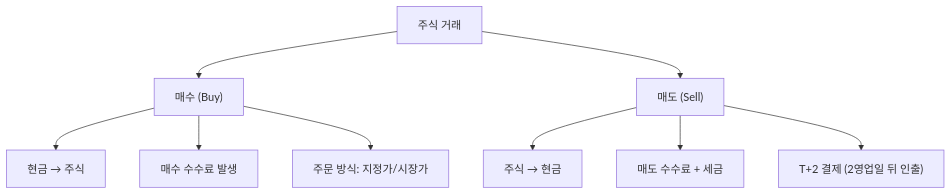
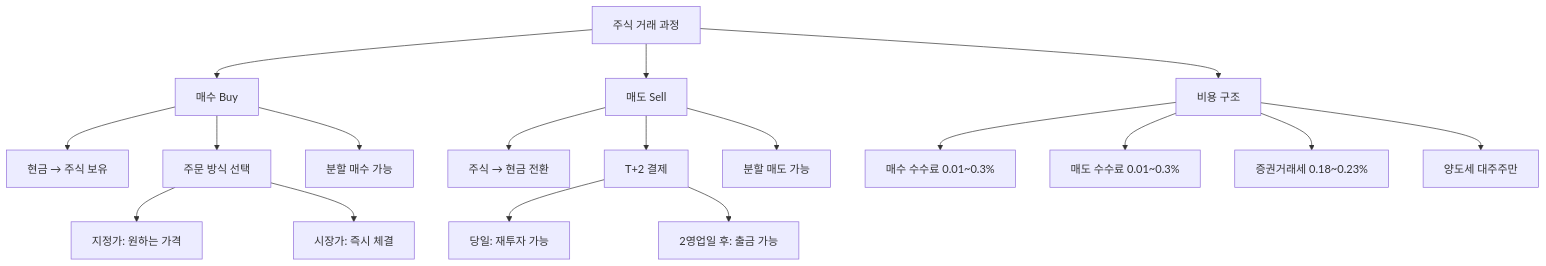
Before and after one commit to yeongseon/stock-visual-note: the diagram in content/stock-terms/ko/level-02-market-trading/buy-sell.md, drawn with Mermaid. The commit also changed other lines of this file, not shown here.

Commit message:
content: rewrite buy-sell.md — add trading cost breakdown, frequency vs fees table, split buy comparison, trading plan framework

````diff
--- a/content/stock-terms/ko/level-02-market-trading/buy-sell.md
+++ b/content/stock-terms/ko/level-02-market-trading/buy-sell.md
@@ -49,11 +50,23 @@
 ```mermaid
 graph TD
-    A["주식 거래"] --> B["매수 (Buy)"]
-    A --> C["매도 (Sell)"]
-    B --> B1["현금 → 주식"]
-    B --> B2["매수 수수료 발생"]
-    B --> B3["주문 방식: 지정가/시장가"]
-    C --> C1["주식 → 현금"]
-    C --> C2["매도 수수료 + 세금"]
-    C --> C3["T+2 결제 (2영업일 뒤 인출)"]
+    A["주식 거래 과정"] --> B["매수 Buy"]
+    A --> C["매도 Sell"]
+    A --> D["비용 구조"]
+
+    B --> B1["현금 → 주식 보유"]
+    B --> B2["주문 방식 선택"]
+    B --> B3["분할 매수 가능"]
+    B2 --> B2a["지정가: 원하는 가격"]
+    B2 --> B2b["시장가: 즉시 체결"]
+
+    C --> C1["주식 → 현금 전환"]
+    C --> C2["T+2 결제"]
+    C --> C3["분할 매도 가능"]
+    C2 --> C2a["당일: 재투자 가능"]
+    C2 --> C2b["2영업일 후: 출금 가능"]
+
+    D --> D1["매수 수수료 0.01~0.3%"]
+    D --> D2["매도 수수료 0.01~0.3%"]
+    D --> D3["증권거래세 0.18~0.23%"]
+    D --> D4["양도세 대주주만"]
 ```
````
